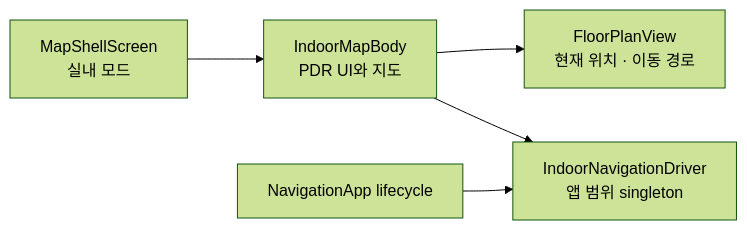
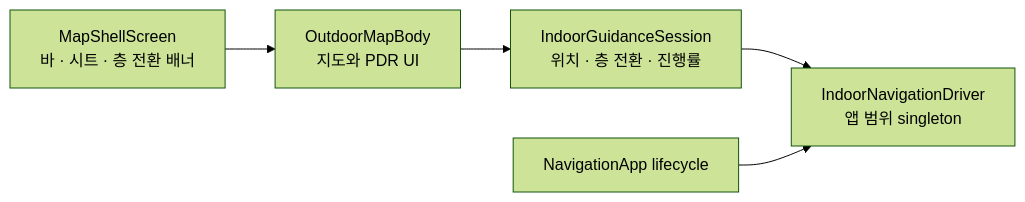
One commit to Routex-labs/Navigation changed the first of 3 diagrams in docs/pdr/pdr-dev-integration.md. Above: the diagram before and after it, drawn with Mermaid (forest theme). The commit also changed other lines of this file and 1 other file, not shown here.

````diff
--- a/docs/pdr/pdr-dev-integration.md
+++ b/docs/pdr/pdr-dev-integration.md
@@ -37,7 +39,7 @@
 ```mermaid
 flowchart LR
-  Shell["MapShellScreen\n실내 모드"] --> Map["IndoorMapBody\nPDR UI와 지도"]
-  Map --> View["FloorPlanView\n현재 위치 · 이동 경로"]
-  Map --> Driver["IndoorNavigationDriver\n앱 범위 singleton"]
+  Shell["MapShellScreen\n바 · 시트 · 층 전환 배너"] --> Map["OutdoorMapBody\n지도와 PDR UI"]
+  Map --> Session["IndoorGuidanceSession\n위치 · 층 전환 · 진행률"]
+  Session --> Driver["IndoorNavigationDriver\n앱 범위 singleton"]
   App["NavigationApp lifecycle"] --> Driver
 ```
````
